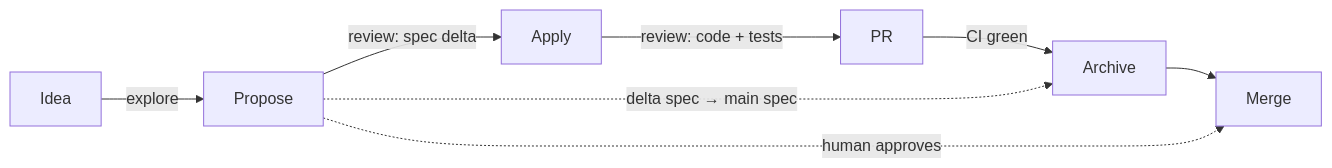
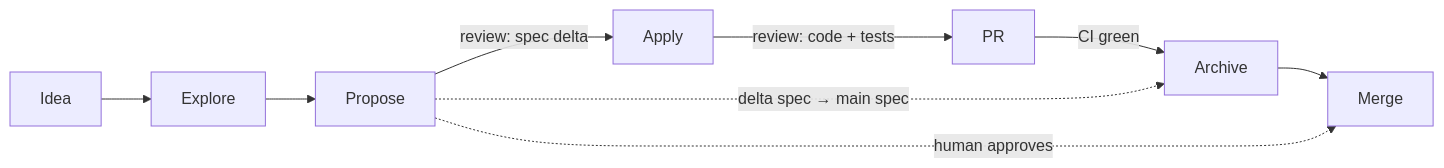
Before and after one commit to aanbrn/axon-showcase: the third of 3 diagrams in README.md, drawn with Mermaid. The commit also changed other lines of this file, not shown here.

Commit message:
Restore the toolbar clearance on the diagrams
The small-pad experiment left the spec-flow loop's Merge node under GitHub's toolbar; restore the padded paddings (160/230/240) that were verified clear, keeping the loop compact.

````diff
--- a/README.md
+++ b/README.md
@@ -201,11 +201,11 @@
 ```mermaid
-%%{init: {"flowchart": {"diagramPadding": 115}}}%%
+%%{init: {"flowchart": {"diagramPadding": 240}}}%%
 flowchart LR
-    Idea -->|"explore"| Propose
+    Idea --> Explore --> Propose
     Propose -->|"review: spec delta"| Apply
     Apply -->|"review: code + tests"| PR
     PR -->|"CI green"| Archive
     Archive --> Merge
     Propose -.->|"human approves"| Merge
     Propose -.->|"delta spec → main spec"| Archive
 ```
````
